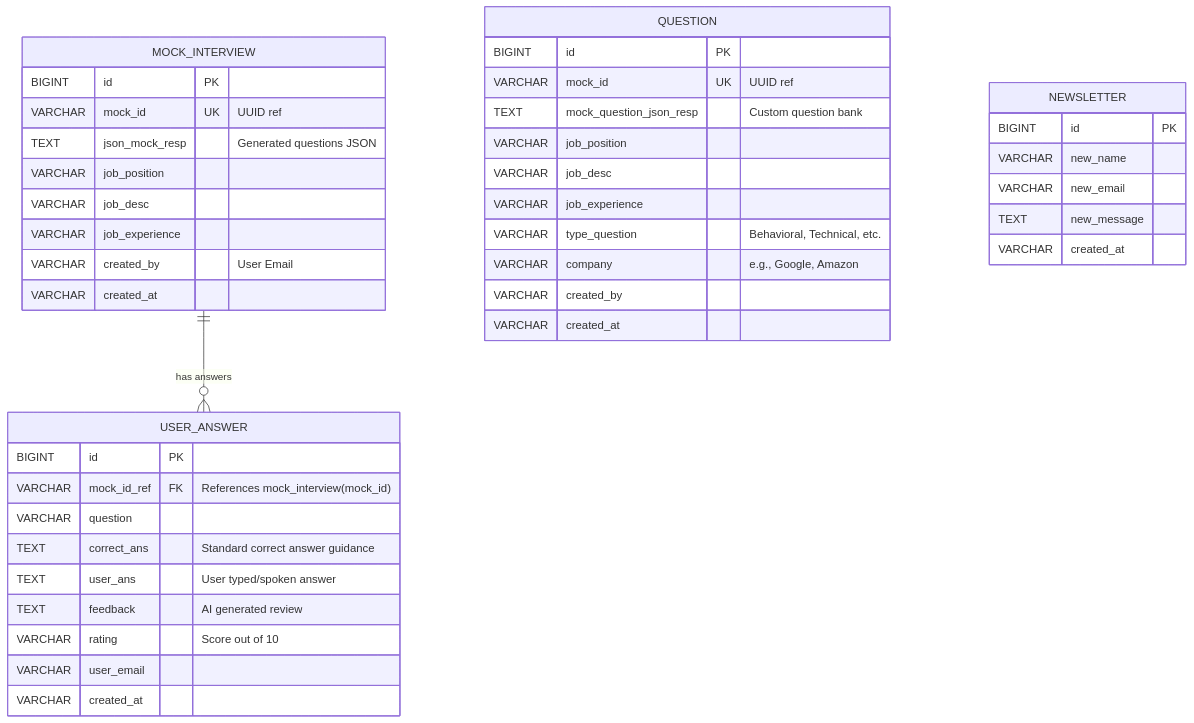
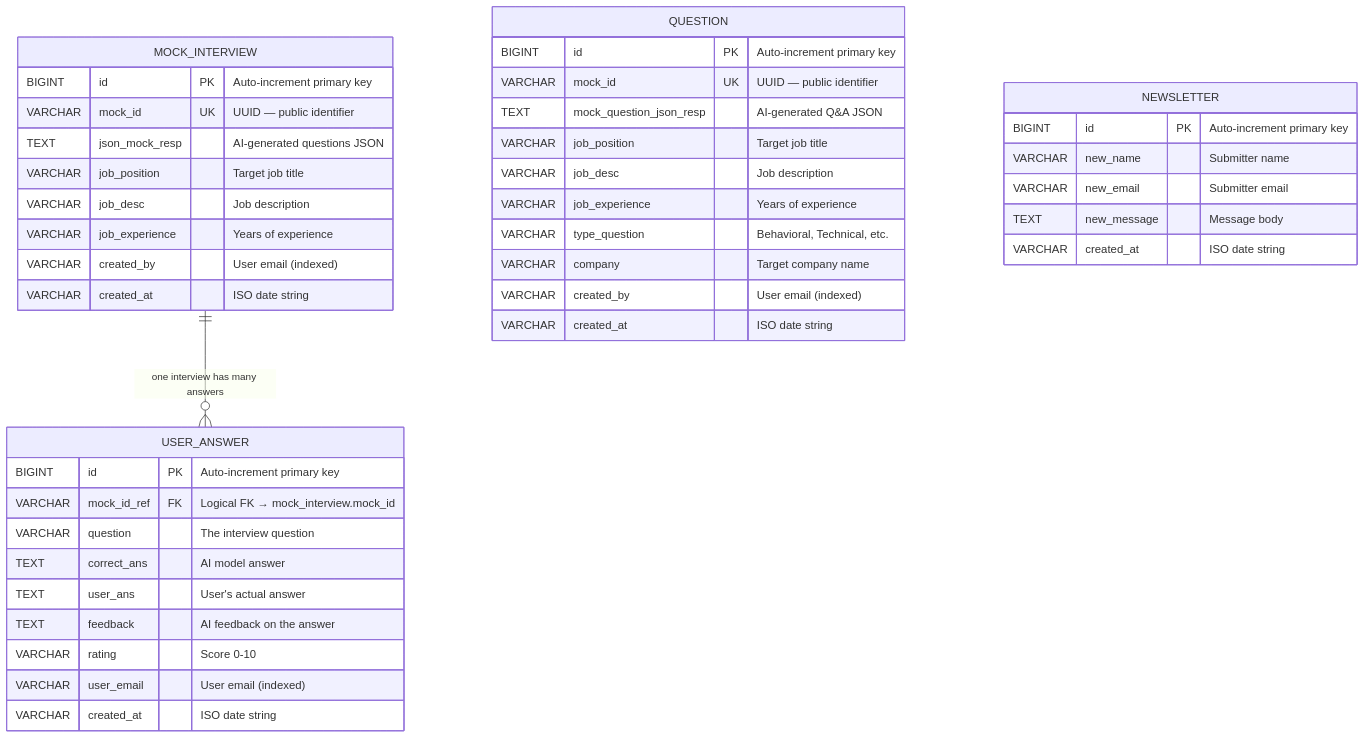
The diagram in documents/database.md (NirmayKadam/PrepWarrior), drawn with Mermaid before and after one commit. The commit also changed other lines of this file and 8 other files, not shown here.

````diff
--- a/documents/database.md
+++ b/documents/database.md
@@ -11,48 +212,48 @@
 ```mermaid
 erDiagram
+    MOCK_INTERVIEW ||--o{ USER_ANSWER : "one interview has many answers"
+
     MOCK_INTERVIEW {
-        BIGINT id PK
-        VARCHAR mock_id UK "UUID ref"
-        TEXT json_mock_resp "Generated questions JSON"
-        VARCHAR job_position
-        VARCHAR job_desc
-        VARCHAR job_experience
-        VARCHAR created_by "User Email"
-        VARCHAR created_at
+        BIGINT id PK "Auto-increment primary key"
+        VARCHAR mock_id UK "UUID — public identifier"
+        TEXT json_mock_resp "AI-generated questions JSON"
+        VARCHAR job_position "Target job title"
+        VARCHAR job_desc "Job description"
+        VARCHAR job_experience "Years of experience"
+        VARCHAR created_by "User email (indexed)"
+        VARCHAR created_at "ISO date string"
     }
 
     USER_ANSWER {
-        BIGINT id PK
-        VARCHAR mock_id_ref FK "References mock_interview(mock_id)"
-        VARCHAR question
-        TEXT correct_ans "Standard correct answer guidance"
-        TEXT user_ans "User typed/spoken answer"
-        TEXT feedback "AI generated review"
-        VARCHAR rating "Score out of 10"
-        VARCHAR user_email
-        VARCHAR created_at
+        BIGINT id PK "Auto-increment primary key"
+        VARCHAR mock_id_ref FK "Logical FK → mock_interview.mock_id"
+        VARCHAR question "The interview question"
+        TEXT correct_ans "AI model answer"
+        TEXT user_ans "User's actual answer"
+        TEXT feedback "AI feedback on the answer"
+        VARCHAR rating "Score 0-10"
+        VARCHAR user_email "User email (indexed)"
+        VARCHAR created_at "ISO date string"
     }
 
     QUESTION {
-        BIGINT id PK
-        VARCHAR mock_id UK "UUID ref"
-        TEXT mock_question_json_resp "Custom question bank"
-        VARCHAR job_position
-        VARCHAR job_desc
-        VARCHAR job_experience
+        BIGINT id PK "Auto-increment primary key"
+        VARCHAR mock_id UK "UUID — public identifier"
+        TEXT mock_question_json_resp "AI-generated Q&A JSON"
+        VARCHAR job_position "Target job title"
+        VARCHAR job_desc "Job description"
+        VARCHAR job_experience "Years of experience"
         VARCHAR type_question "Behavioral, Technical, etc."
-        VARCHAR company "e.g., Google, Amazon"
-        VARCHAR created_by
-        VARCHAR created_at
+        VARCHAR company "Target company name"
+        VARCHAR created_by "User email (indexed)"
+        VARCHAR created_at "ISO date string"
     }
 
     NEWSLETTER {
-        BIGINT id PK
-        VARCHAR new_name
-        VARCHAR new_email
-        TEXT new_message
-        VARCHAR created_at
+        BIGINT id PK "Auto-increment primary key"
+        VARCHAR new_name "Submitter name"
+        VARCHAR new_email "Submitter email"
+        TEXT new_message "Message body"
+        VARCHAR created_at "ISO date string"
     }
-
-    MOCK_INTERVIEW ||--o{ USER_ANSWER : "has answers"
 ```
````
